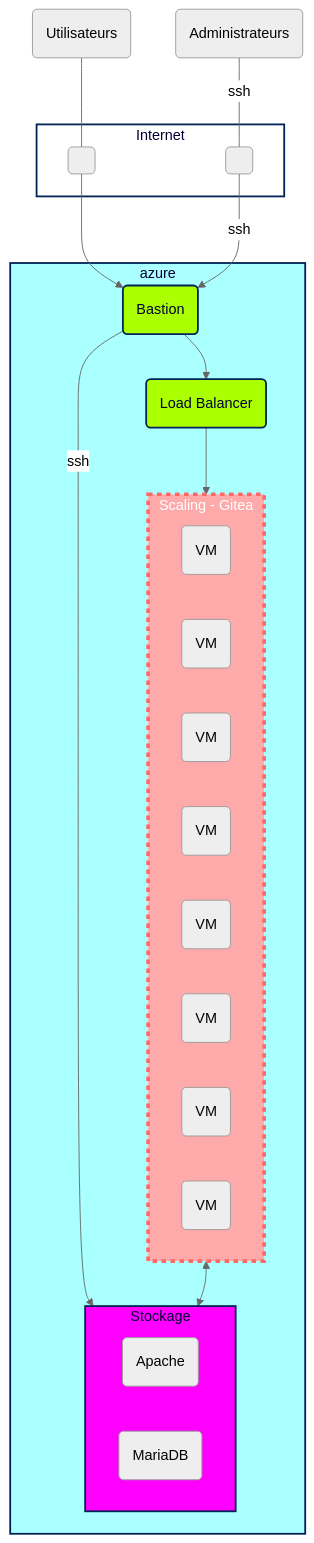
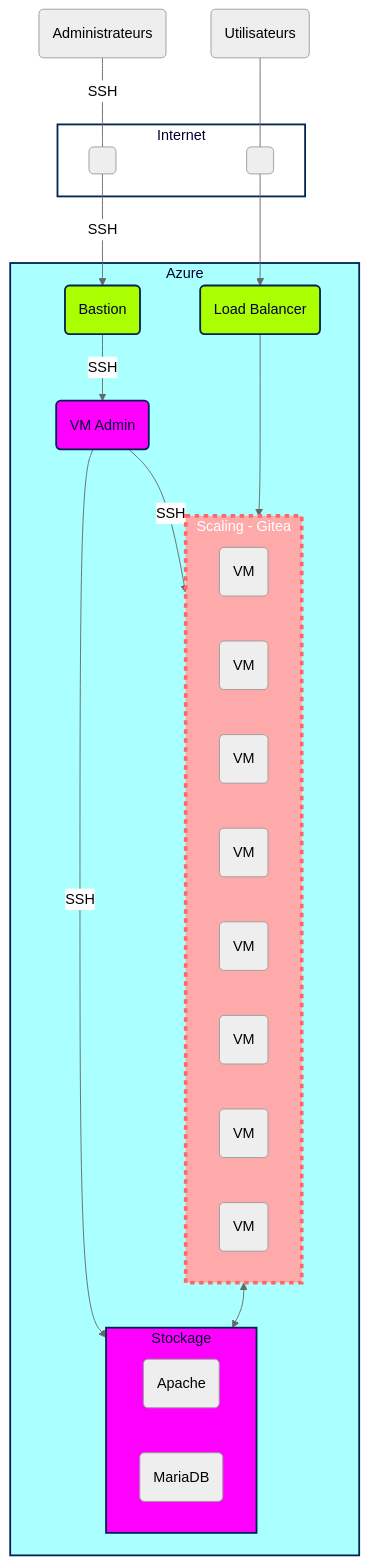
Before and after one commit to Simplon-Luna/B4-G4: the diagram in Plan d'Action.md, drawn with Mermaid (neutral theme). The commit also changed other lines of this file, not shown here.

````diff
--- a/Plan d'Action.md
+++ b/Plan d'Action.md
@@ -18,50 +18,51 @@
 ```mermaid
 flowchart TD 
 
 user(Utilisateurs)
 admin(Administrateurs)
 
     subgraph Web [Internet]
     vide( )
     void( )
     end  
 
-    subgraph AZ [azure]
+    subgraph AZ [Azure]
         subgraph BDD [Stockage]
         apa(Apache)
         bdd(MariaDB)
         end
 
-
+    vmadmin(VM Admin)
     proxy(Bastion)
     appGW(Load Balancer)
 
         subgraph VM [Scaling - Gitea]
         vm1(VM)
         vm2(VM)
         vm3(VM)
         vm4(VM)
         vm5(VM)
         vm6(VM)
         vm7(VM)
         vm8(VM)
         end
 
     end 
 
-user --- vide --> proxy --> appGW --> VM
-admin --- |ssh| void --> |ssh| proxy --> |ssh| BDD
+user --- vide --> appGW --> VM
+admin --- |SSH| void --> |SSH| proxy --> |SSH| vmadmin --> |SSH| BDD
+vmadmin --> |SSH| VM
 VM <--> BDD
 
     classDef rouge fill:#faa,stroke:#f66,stroke-width:4px,color:#fff,stroke-dasharray: 5 5;
     class VM, rouge;
     classDef sec fill:#aff,stroke:#025,stroke-width:2px,color:#003;
     class AZ, sec;
     classDef ter fill:#f0f,stroke:#025,stroke-width:2px,color:#003;
-    class BDD, ter;
+    class BDD,vmadmin, ter;
     classDef vert fill:#af0,stroke:#025,stroke-width:2px,color:#003;
     class proxy,appGW,Serv, vert;
     classDef blanc fill:#fff,stroke:#025,stroke-width:2px,color:#003;
     class Web, blanc;
 
 ```
````
